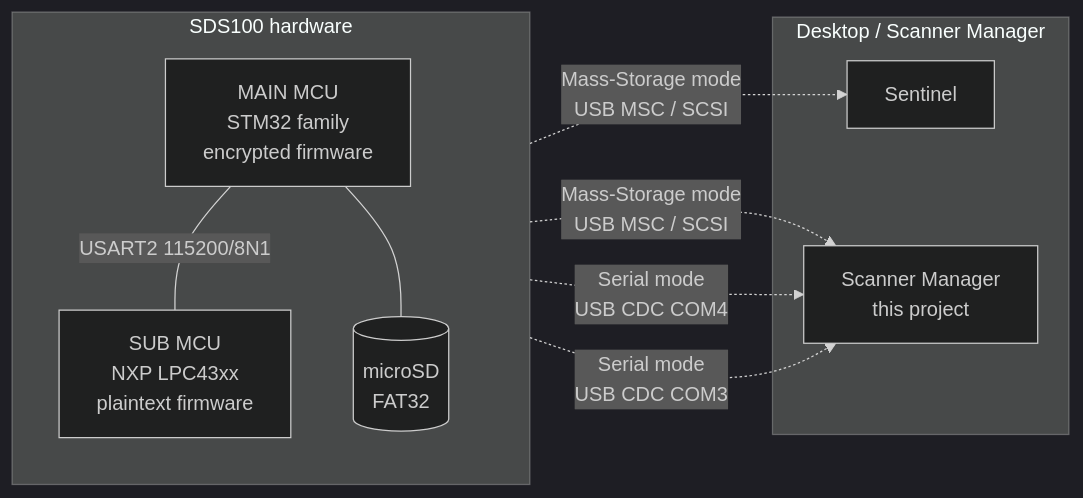
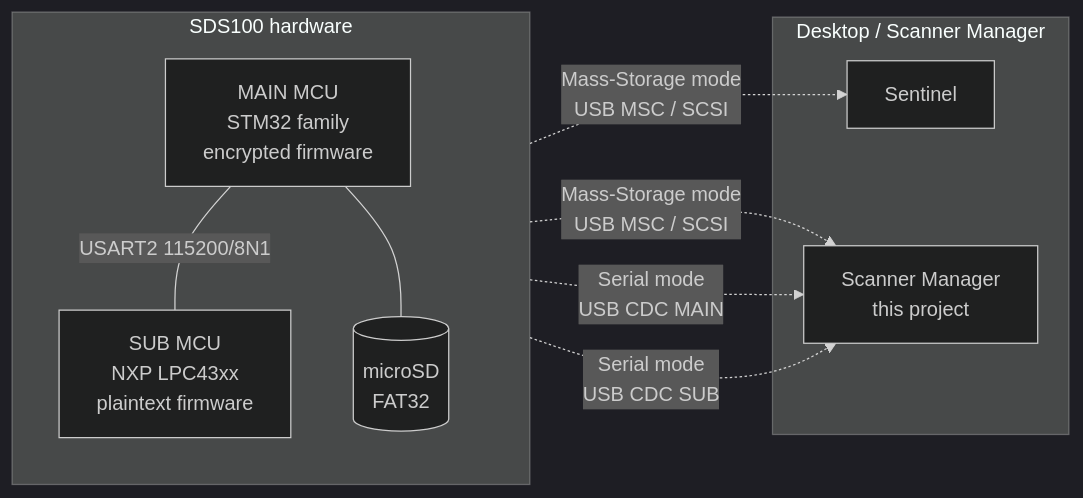
The diagram in wiki/Reverse-Engineering.md (disturbedkh/scanner-manager), drawn with Mermaid (dark theme) before and after one commit. The commit also changed other lines of this file and 74 other files, not shown here.

````diff
--- a/wiki/Reverse-Engineering.md
+++ b/wiki/Reverse-Engineering.md
@@ -65,20 +64,20 @@
 ```mermaid
 flowchart LR
     subgraph SDS100[SDS100 hardware]
         MAIN[MAIN MCU<br/>STM32 family<br/>encrypted firmware]
         SUB[SUB MCU<br/>NXP LPC43xx<br/>plaintext firmware]
         SD[(microSD<br/>FAT32)]
         MAIN -- USART2 115200/8N1 --- SUB
         MAIN --- SD
     end
 
     subgraph PC[Desktop / Scanner Manager]
         Sentinel
         OurApp[Scanner Manager<br/>this project]
     end
 
     SDS100 -. Mass-Storage mode<br/>USB MSC / SCSI .-> Sentinel
     SDS100 -. Mass-Storage mode<br/>USB MSC / SCSI .-> OurApp
-    SDS100 -. Serial mode<br/>USB CDC COM4 .-> OurApp
-    SDS100 -. Serial mode<br/>USB CDC COM3 .-> OurApp
+    SDS100 -. Serial mode<br/>USB CDC MAIN .-> OurApp
+    SDS100 -. Serial mode<br/>USB CDC SUB .-> OurApp
 ```
````
